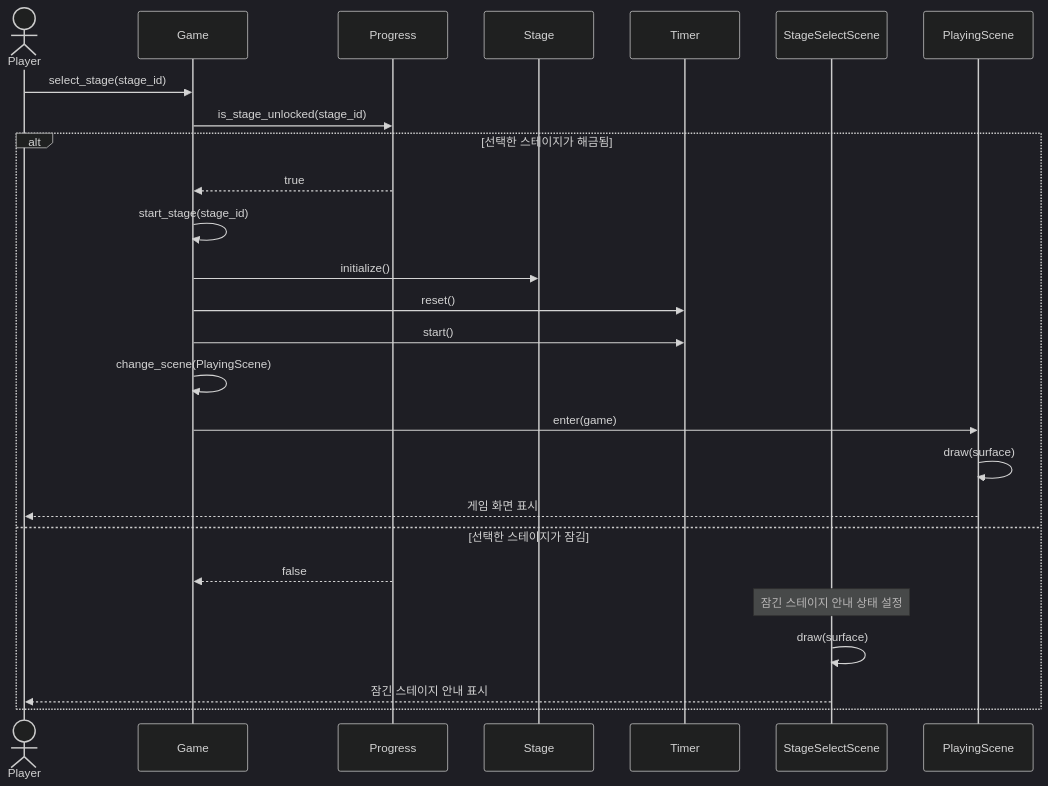
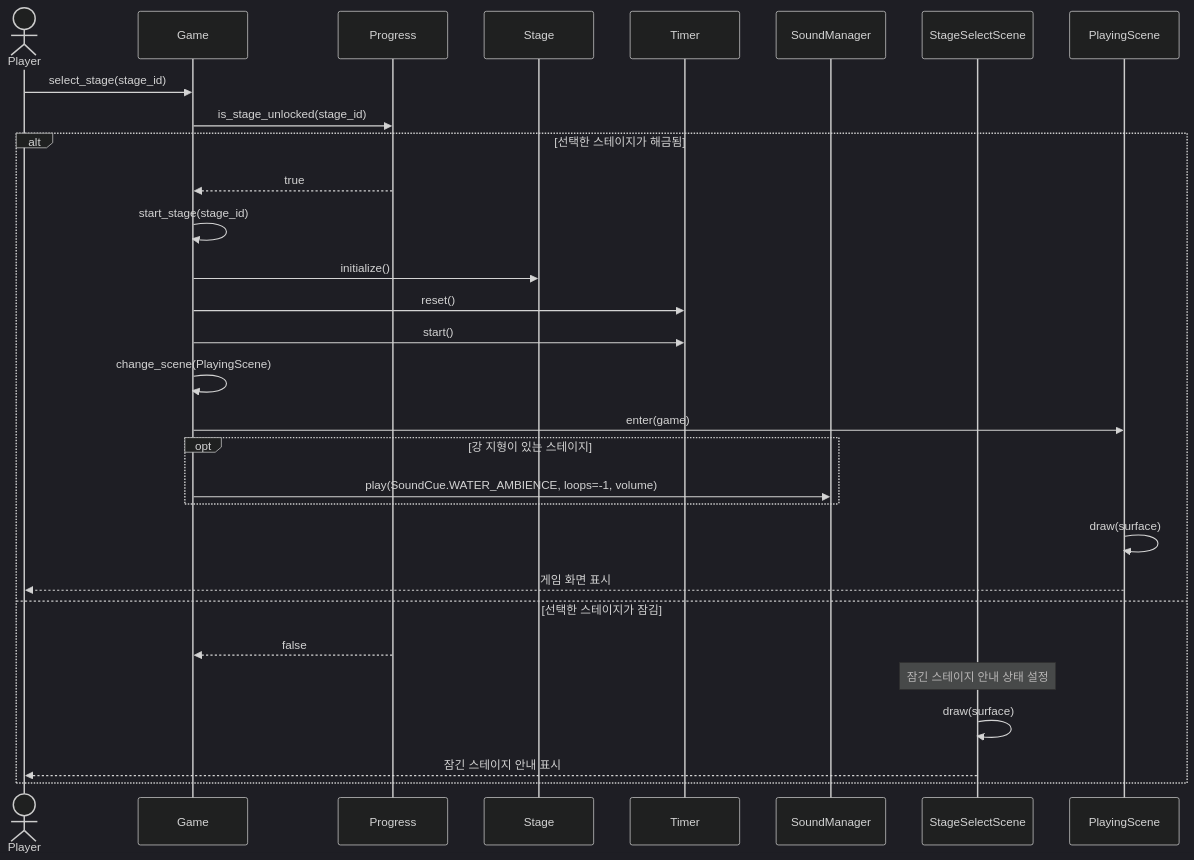
The fourth of 7 diagrams in doc/05_sequence_diagrams.md (wisewo/kongoose), drawn with Mermaid (dark theme) before and after one commit. The commit also changed other lines of this file and 91 other files, not shown here.

````diff
--- a/doc/05_sequence_diagrams.md
+++ b/doc/05_sequence_diagrams.md
@@ -90,30 +90,34 @@
 ```mermaid
 sequenceDiagram
     actor User as Player
     participant Game
     participant Progress
     participant Stage
     participant Timer
+    participant SoundManager
     participant StageSelectScene
     participant PlayingScene
 
     User->>Game: select_stage(stage_id)
     Game->>Progress: is_stage_unlocked(stage_id)
 
     alt 선택한 스테이지가 해금됨
         Progress-->>Game: true
         Game->>Game: start_stage(stage_id)
         Game->>Stage: initialize()
         Game->>Timer: reset()
         Game->>Timer: start()
         Game->>Game: change_scene(PlayingScene)
         Game->>PlayingScene: enter(game)
+        opt 강 지형이 있는 스테이지
+            Game->>SoundManager: play(SoundCue.WATER_AMBIENCE, loops=-1, volume)
+        end
         PlayingScene->>PlayingScene: draw(surface)
         PlayingScene-->>User: 게임 화면 표시
     else 선택한 스테이지가 잠김
         Progress-->>Game: false
         Note over StageSelectScene: 잠긴 스테이지 안내 상태 설정
         StageSelectScene->>StageSelectScene: draw(surface)
         StageSelectScene-->>User: 잠긴 스테이지 안내 표시
     end
 ```
````
